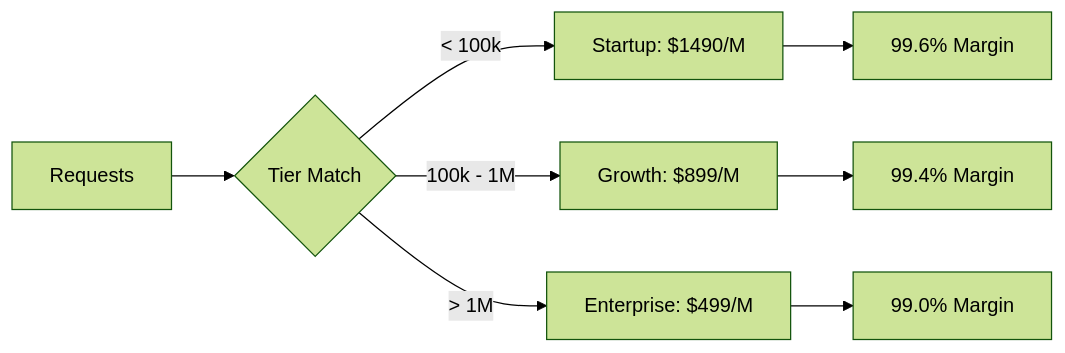
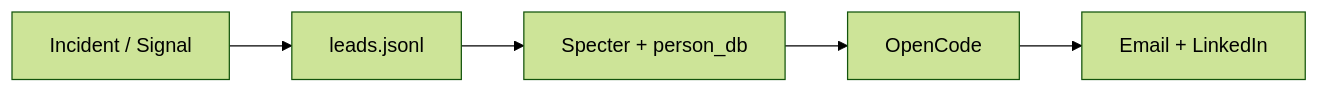
The tenth of 10 diagrams in presentation/white_circle_prezi.md (frankterpo/mermaidchart_prezi), drawn with Mermaid (forest theme) before and after one commit. The commit also changed other lines of this file and 7 other files, not shown here.

Commit message:
Close slide: person_db, OpenCode, incident LinkedIn, Tome cold email

````diff
--- a/presentation/white_circle_prezi.md
+++ b/presentation/white_circle_prezi.md
@@ -502,10 +881,7 @@
 ```mermaid
-graph LR
-    A[Requests] --> B{Tier Match}
-    B -->| < 100k | C[Startup: $1490/M]
-    B -->| 100k - 1M | D[Growth: $899/M]
-    B -->| > 1M | E[Enterprise: $499/M]
-    C --> F[99.6% Margin]
-    D --> G[99.4% Margin]
-    E --> H[99.0% Margin]
+flowchart LR
+    A[Incident / Signal] --> B[leads.jsonl]
+    B --> C[Specter + person_db]
+    C --> D[OpenCode]
+    D --> E[Email + LinkedIn]
 ```
````
